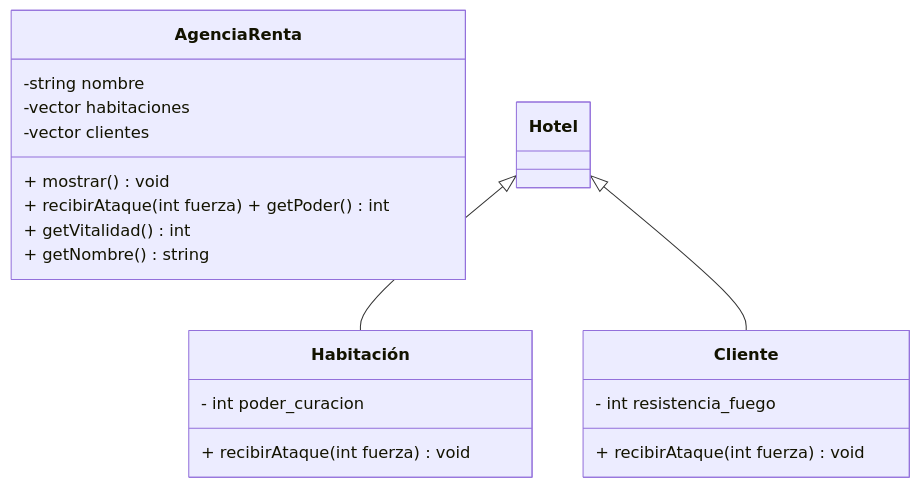
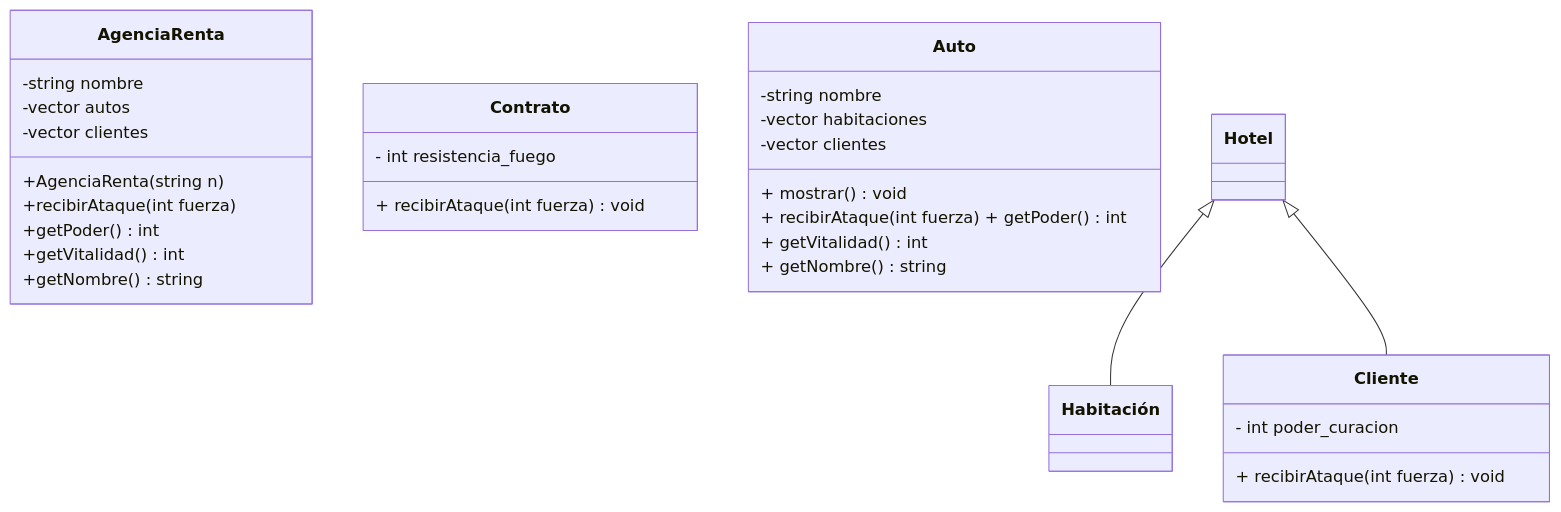
Before and after one commit to anto20417/Diagrama-clases: the diagram in programa_2.md, drawn with Mermaid.

Commit message:
programa_2.md

````diff
--- a/programa_2.md
+++ b/programa_2.md
@@ -1,25 +1,37 @@
 ```mermaid
 classDiagram
     class AgenciaRenta {
+        -string nombre
+        -vector <Auto*> autos 
+        -vector <Cliente*> clientes
+        +AgenciaRenta(string n)
+        +recibirAtaque(int fuerza)
+        +getPoder() int
+        +getVitalidad() int
+        +getNombre() string
+    }
+    
+    class Contrato {
+        - int resistencia_fuego
+        + recibirAtaque(int fuerza) void
+    }
+    
+    class Cliente {
+        - int poder_curacion
+        + recibirAtaque(int fuerza) void
+    }
+
+class Auto {
         -string nombre
         -vector <Habitación> habitaciones 
         -vector <Cliente*> clientes
         + mostrar() void
         + recibirAtaque(int fuerza)         + getPoder() int
         + getVitalidad() int
         + getNombre() string
     }
     
-    class Cliente {
-        - int resistencia_fuego
-        + recibirAtaque(int fuerza) void
-    }
-    
-    class Habitación {
-        - int poder_curacion
-        + recibirAtaque(int fuerza) void
-    }
     
     Hotel <|-- Habitación
     Hotel <|-- Cliente
 ```
````
